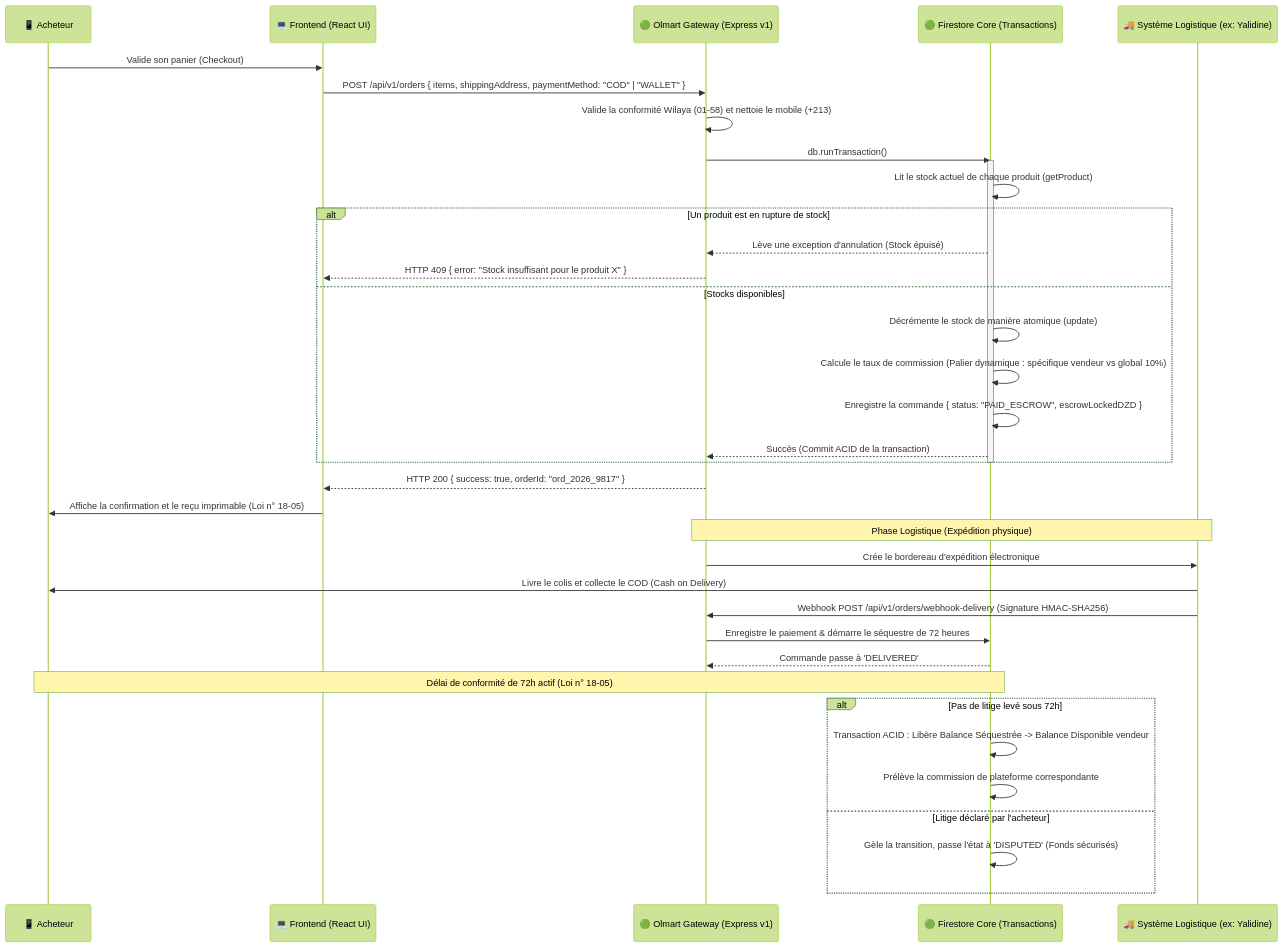
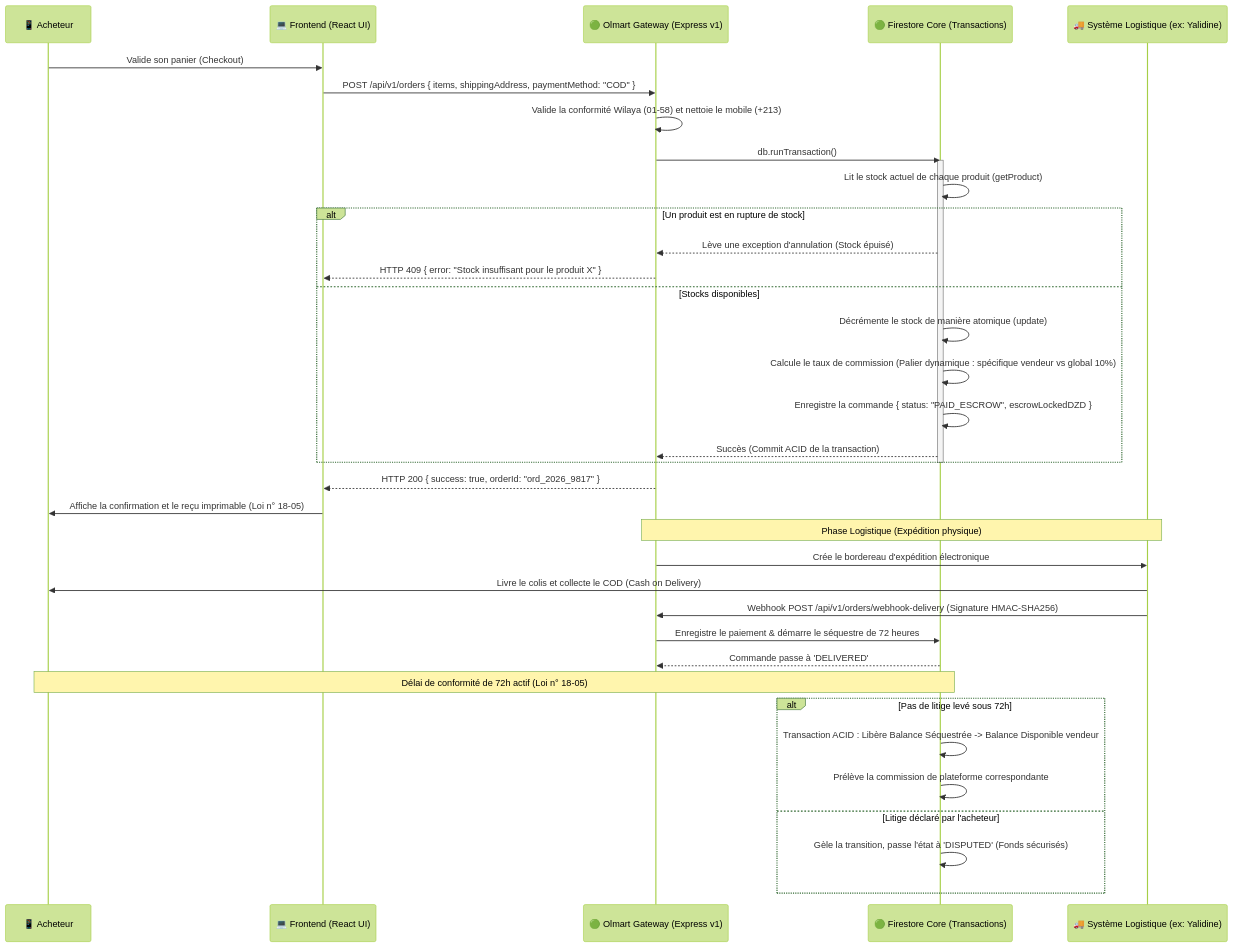
One commit to Laifa-ait/Laifa-ait changed the diagram in docs/architecture/03-flux-commande.md. Above: the diagram before and after it, drawn with Mermaid (forest theme). The commit also changed 206 other files, not shown here.

````diff
--- a/docs/architecture/03-flux-commande.md
+++ b/docs/architecture/03-flux-commande.md
@@ -9,52 +9,52 @@
 ```mermaid
 sequenceDiagram
     participant Buyer as 📱 Acheteur
     participant Front as 💻 Frontend (React UI)
     participant Gateway as 🟢 Olmart Gateway (Express v1)
     participant DB as 🟢 Firestore Core (Transactions)
     participant Carrier as 🚚 Système Logistique (ex: Yalidine)
 
     %% Étape 1: Création
     Buyer->>Front: Valide son panier (Checkout)
-    Front->>Gateway: POST /api/v1/orders { items, shippingAddress, paymentMethod: "COD" | "WALLET" }
+    Front->>Gateway: POST /api/v1/orders { items, shippingAddress, paymentMethod: "COD" }
     
     %% Étape 2: Validation et Transaction ACID
     Gateway->>Gateway: Valide la conformité Wilaya (01-58) et nettoie le mobile (+213)
     
     Gateway->>DB: db.runTransaction()
     activate DB
     DB->>DB: Lit le stock actuel de chaque produit (getProduct)
     
     alt Un produit est en rupture de stock
         DB-->>Gateway: Lève une exception d'annulation (Stock épuisé)
         Gateway-->>Front: HTTP 409 { error: "Stock insuffisant pour le produit X" }
     else Stocks disponibles
         DB->>DB: Décrémente le stock de manière atomique (update)
         DB->>DB: Calcule le taux de commission (Palier dynamique : spécifique vendeur vs global 10%)
         DB->>DB: Enregistre la commande { status: "PAID_ESCROW", escrowLockedDZD }
         DB-->>Gateway: Succès (Commit ACID de la transaction)
     end
     deactivate DB
     
     Gateway-->>Front: HTTP 200 { success: true, orderId: "ord_2026_9817" }
     Front->>Buyer: Affiche la confirmation et le reçu imprimable (Loi n° 18-05)
 
     %% Étape 3: Logistique
     note over Gateway,Carrier: Phase Logistique (Expédition physique)
     Gateway->>Carrier: Crée le bordereau d'expédition électronique
     Carrier->>Buyer: Livre le colis et collecte le COD (Cash on Delivery)
     Carrier->>Gateway: Webhook POST /api/v1/orders/webhook-delivery (Signature HMAC-SHA256)
     
     %% Étape 4: Séquestre 72h
     Gateway->>DB: Enregistre le paiement & démarre le séquestre de 72 heures
     DB-->>Gateway: Commande passe à 'DELIVERED'
     
     note over Buyer,DB: Délai de conformité de 72h actif (Loi n° 18-05)
 
     alt Pas de litige levé sous 72h
         DB->>DB: Transaction ACID : Libère Balance Séquestrée -> Balance Disponible vendeur
         DB->>DB: Prélève la commission de plateforme correspondante
     else Litige déclaré par l'acheteur
         DB->>DB: Gèle la transition, passe l'état à 'DISPUTED' (Fonds sécurisés)
     end
 ```
````
